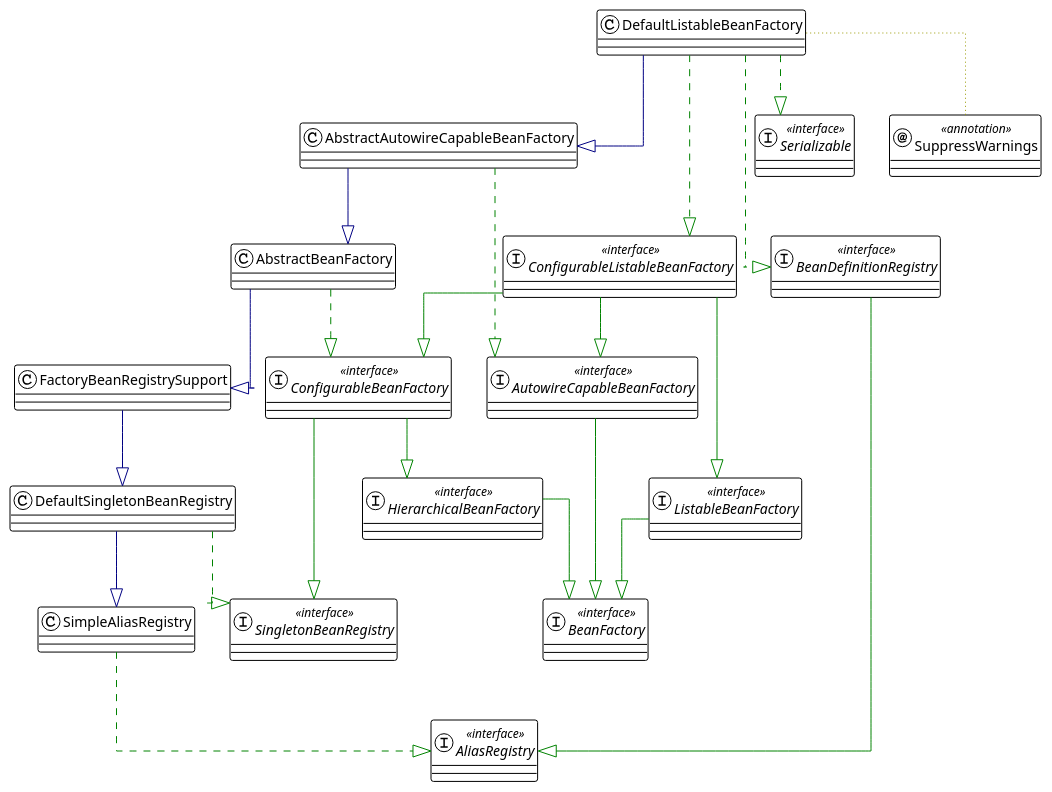
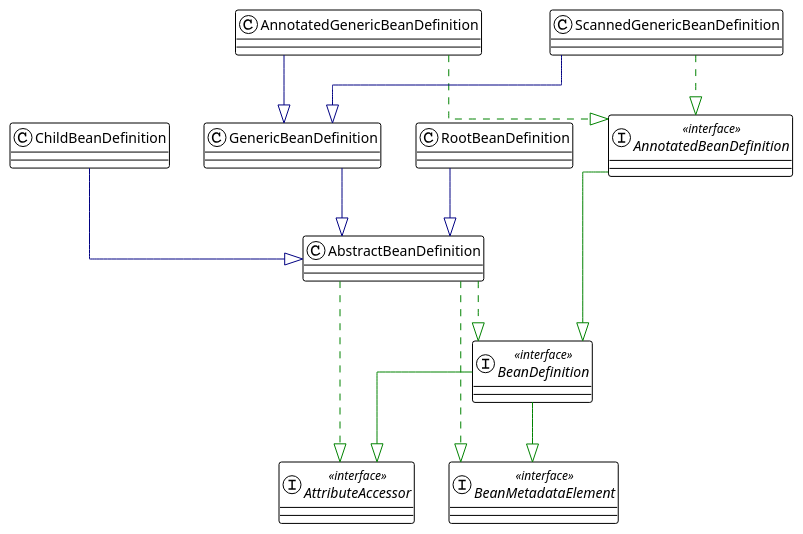
The diagram in source/_posts/learning-spring-framework.md (nimbusking/nimbusking.github.io), drawn with PlantUML before and after one commit. The commit also changed other lines of this file, not shown here.

Commit message:
补充beandefinition定义

````diff
--- a/source/_posts/learning-spring-framework.md
+++ b/source/_posts/learning-spring-framework.md
@@ -30,46 +38,30 @@
-{% plantuml %}
-    !theme plain
+```plantuml
+!theme plain
 top to bottom direction
 skinparam linetype ortho
 
-class AbstractAutowireCapableBeanFactory
-class AbstractBeanFactory
-interface AliasRegistry << interface >>
-interface AutowireCapableBeanFactory << interface >>
-interface BeanDefinitionRegistry << interface >>
-interface BeanFactory << interface >>
-interface ConfigurableBeanFactory << interface >>
-interface ConfigurableListableBeanFactory << interface >>
-class DefaultListableBeanFactory
-class DefaultSingletonBeanRegistry
-class FactoryBeanRegistrySupport
-interface HierarchicalBeanFactory << interface >>
-interface ListableBeanFactory << interface >>
-interface Serializable << interface >>
-class SimpleAliasRegistry
-interface SingletonBeanRegistry << interface >>
-annotation SuppressWarnings << annotation >>
+class AbstractBeanDefinition
+interface AnnotatedBeanDefinition << interface >>
+class AnnotatedGenericBeanDefinition
+interface AttributeAccessor << interface >>
+interface BeanDefinition << interface >>
+interface BeanMetadataElement << interface >>
+class ChildBeanDefinition
+class GenericBeanDefinition
+class RootBeanDefinition
+class ScannedGenericBeanDefinition
 
-AbstractAutowireCapableBeanFactory  -[#000082,plain]-^  AbstractBeanFactory                
-AbstractAutowireCapableBeanFactory  -[#008200,dashed]-^  AutowireCapableBeanFactory         
-AbstractBeanFactory                 -[#008200,dashed]-^  ConfigurableBeanFactory            
-AbstractBeanFactory                 -[#000082,plain]-^  FactoryBeanRegistrySupport         
-AutowireCapableBeanFactory          -[#008200,plain]-^  BeanFactory                        
-BeanDefinitionRegistry              -[#008200,plain]-^  AliasRegistry                      
-ConfigurableBeanFactory             -[#008200,plain]-^  HierarchicalBeanFactory            
-ConfigurableBeanFactory             -[#008200,plain]-^  SingletonBeanRegistry              
-ConfigurableListableBeanFactory     -[#008200,plain]-^  AutowireCapableBeanFactory         
-ConfigurableListableBeanFactory     -[#008200,plain]-^  ConfigurableBeanFactory            
-ConfigurableListableBeanFactory     -[#008200,plain]-^  ListableBeanFactory                
-DefaultListableBeanFactory          -[#000082,plain]-^  AbstractAutowireCapableBeanFactory 
-DefaultListableBeanFactory          -[#008200,dashed]-^  BeanDefinitionRegistry             
-DefaultListableBeanFactory          -[#008200,dashed]-^  ConfigurableListableBeanFactory    
-DefaultListableBeanFactory          -[#008200,dashed]-^  Serializable                       
-DefaultListableBeanFactory          -[#999900,dotted]-  SuppressWarnings                   
-DefaultSingletonBeanRegistry        -[#000082,plain]-^  SimpleAliasRegistry                
-DefaultSingletonBeanRegistry        -[#008200,dashed]-^  SingletonBeanRegistry              
-FactoryBeanRegistrySupport          -[#000082,plain]-^  DefaultSingletonBeanRegistry       
-HierarchicalBeanFactory             -[#008200,plain]-^  BeanFactory                        
-ListableBeanFactory                 -[#008200,plain]-^  BeanFactory                        
-SimpleAliasRegistry                 -[#008200,dashed]-^  AliasRegistry  
-{% endplantuml %}
+AbstractBeanDefinition          -[#008200,dashed]-^  AttributeAccessor              
+AbstractBeanDefinition          -[#008200,dashed]-^  BeanDefinition                 
+AbstractBeanDefinition          -[#008200,dashed]-^  BeanMetadataElement            
+AnnotatedBeanDefinition         -[#008200,plain]-^  BeanDefinition                 
+AnnotatedGenericBeanDefinition  -[#008200,dashed]-^  AnnotatedBeanDefinition        
+AnnotatedGenericBeanDefinition  -[#000082,plain]-^  GenericBeanDefinition          
+BeanDefinition                  -[#008200,plain]-^  AttributeAccessor              
+BeanDefinition                  -[#008200,plain]-^  BeanMetadataElement            
+ChildBeanDefinition             -[#000082,plain]-^  AbstractBeanDefinition         
+GenericBeanDefinition           -[#000082,plain]-^  AbstractBeanDefinition         
+RootBeanDefinition              -[#000082,plain]-^  AbstractBeanDefinition         
+ScannedGenericBeanDefinition    -[#008200,dashed]-^  AnnotatedBeanDefinition        
+ScannedGenericBeanDefinition    -[#000082,plain]-^  GenericBeanDefinition          
+```
````
